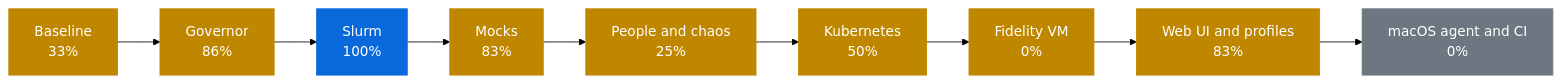
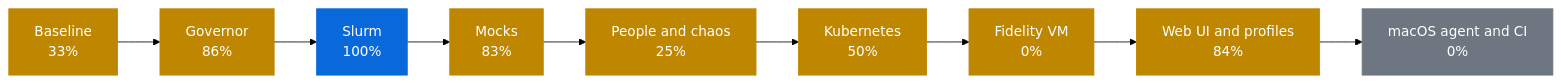
Before and after one commit to AhmedYousriSobhi/workbench: the first of 2 diagrams in docs/PROGRESS.md, drawn with Mermaid (forest theme). The commit also changed other lines of this file and 6 other files, not shown here.

Commit message:
feat(webui): view switcher for the architecture: 2.5D, Flat, Overview (#324)

````diff
--- a/docs/PROGRESS.md
+++ b/docs/PROGRESS.md
@@ -10,17 +10,17 @@
 ```mermaid
 flowchart LR
     p0["Baseline<br/>33%"]:::partial
     p1["Governor<br/>86%"]:::partial
     p2["Slurm<br/>100%"]:::review
     p3["Mocks<br/>83%"]:::partial
     p4["People and chaos<br/>25%"]:::partial
     p5["Kubernetes<br/>50%"]:::partial
     p6["Fidelity VM<br/>0%"]:::partial
-    p7["Web UI and profiles<br/>83%"]:::partial
+    p7["Web UI and profiles<br/>84%"]:::partial
     p8["macOS agent and CI<br/>0%"]:::todo
     p0 --> p1 --> p2 --> p3 --> p4 --> p5 --> p6 --> p7 --> p8
     classDef done fill:#1a7f37,stroke:#1a7f37,color:#fff
     classDef review fill:#0969da,stroke:#0969da,color:#fff
     classDef partial fill:#bf8700,stroke:#bf8700,color:#fff
     classDef todo fill:#6e7781,stroke:#6e7781,color:#fff
 ```
````
